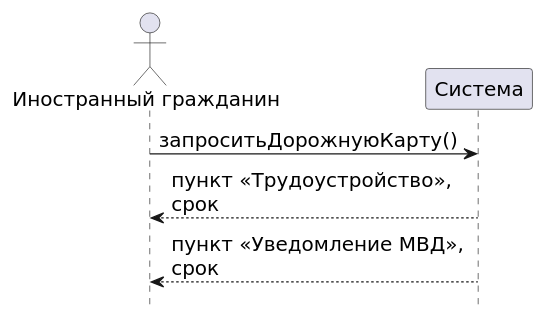
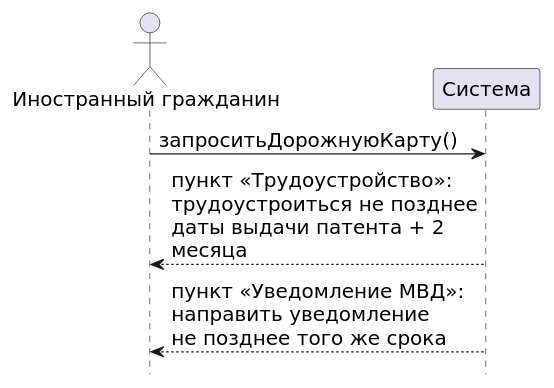
One commit to mflkee/study changed the diagram in tsu/5sem/Функциональное моделирование систем/документы/src/03-p2-osnovnoy.puml. Above: the diagram before and after it, drawn with PlantUML. The commit also changed 9 other files, not shown here.

Commit message:
лаб. 3: самодостаточные сообщения на диаграммах, 600 dpi, уточнён срок

```diff
--- a/tsu/5sem/Функциональное моделирование систем/документы/src/03-p2-osnovnoy.puml
+++ b/tsu/5sem/Функциональное моделирование систем/документы/src/03-p2-osnovnoy.puml
@@ -1,13 +1,13 @@
 @startuml
 skinparam shadowing false
 skinparam defaultFontName "DejaVu Sans"
 skinparam defaultFontSize 16
 skinparam sequenceMessageAlign left
 skinparam maxMessageSize 260
 hide footbox
 actor "Иностранный гражданин" as IG
 participant "Система" as SYS
 IG -> SYS : запроситьДорожнуюКарту()
-SYS --> IG : пункт «Трудоустройство», срок
-SYS --> IG : пункт «Уведомление МВД», срок
+SYS --> IG : пункт «Трудоустройство»:\nтрудоустроиться не позднее\nдаты выдачи патента + 2 месяца
+SYS --> IG : пункт «Уведомление МВД»:\nнаправить уведомление\nне позднее того же срока
 @enduml
```
